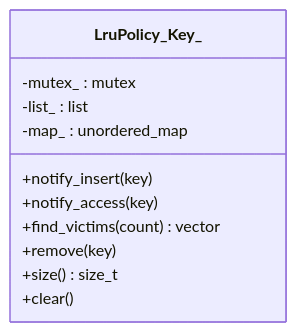
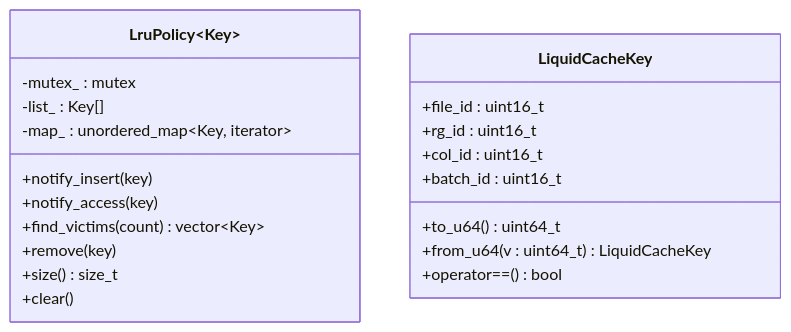
Before and after one commit to tenglei/liquidCacheVelox: the third of 4 diagrams in .qoder/repowiki/zh/content/缓存系统详解/LRU 淘汰策略.md, drawn with Mermaid. The commit also changed other lines of this file and 8 other files, not shown here.

````diff
--- a/.qoder/repowiki/zh/content/缓存系统详解/LRU 淘汰策略.md
+++ b/.qoder/repowiki/zh/content/缓存系统详解/LRU 淘汰策略.md
@@ -126,14 +168,23 @@
 ```mermaid
 classDiagram
-class LruPolicy_Key_ {
+class LruPolicy~Key~ {
+-mutex_ : mutex
+-list_ : Key[]
+-map_ : unordered_map~Key, iterator~
 +notify_insert(key)
 +notify_access(key)
-+find_victims(count) vector<Key>
++find_victims(count) vector~Key~
 +remove(key)
 +size() size_t
 +clear()
--mutex_ : mutex
--list_ : list<Key>
--map_ : unordered_map<Key, iterator>
+}
+class LiquidCacheKey {
++file_id : uint16_t
++rg_id : uint16_t
++col_id : uint16_t
++batch_id : uint16_t
++to_u64() uint64_t
++from_u64(v : uint64_t) LiquidCacheKey
++operator==() bool
 }
 ```
````
